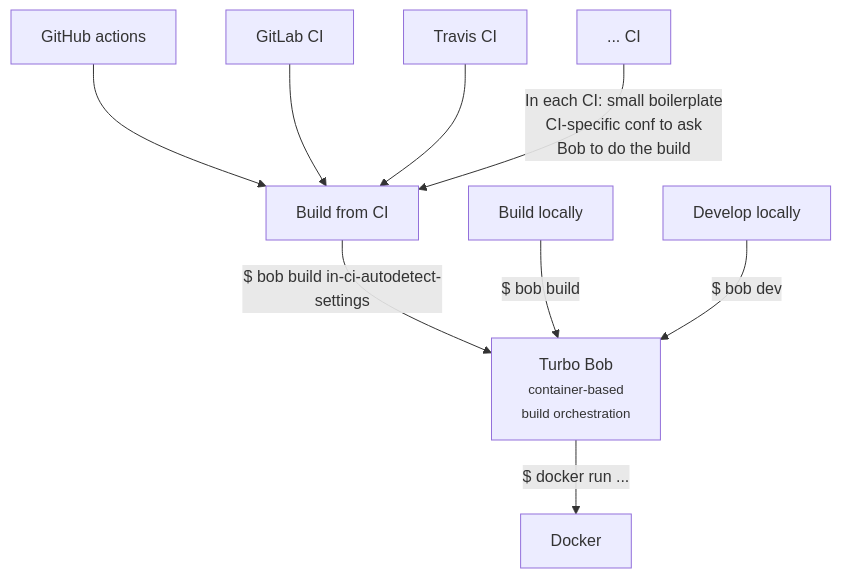
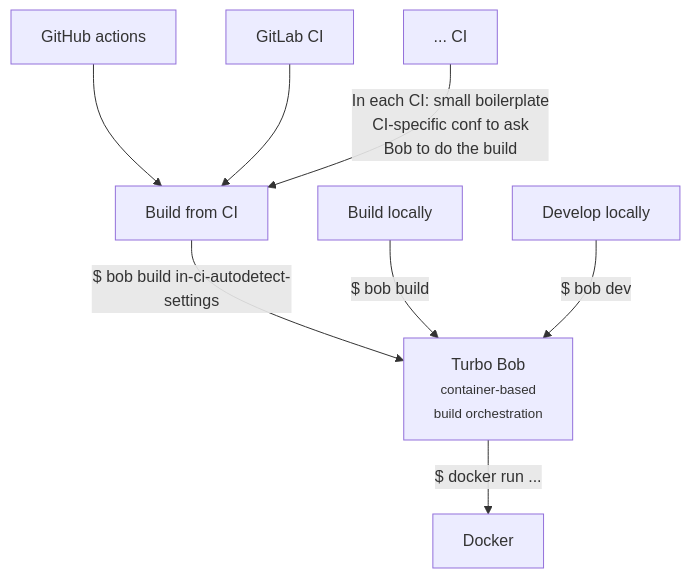
One commit to function61/turbobob changed the diagram in README.md. Above: the diagram before and after it, drawn with Mermaid.

Commit message:
remove stupid Travis

````diff
--- a/README.md
+++ b/README.md
@@ -19,11 +19,10 @@
 ```mermaid
 flowchart TD
     GitHub[GitHub actions] --> Build_from_ci[Build from CI]
     GitLab[GitLab CI] --> Build_from_ci
-    Travis[Travis CI] --> Build_from_ci
     OtherCI[... CI] -->|In each CI: small boilerplate\nCI-specific conf to ask\nBob to do the build| Build_from_ci
     Build_from_ci -->|$ bob build in-ci-autodetect-settings| TurboBob
     Build_locally[Build locally] -->|$ bob build| TurboBob
     Develop_locally[Develop locally] -->|$ bob dev| TurboBob
     TurboBob[Turbo Bob<small>\ncontainer-based\nbuild orchestration</small>] -->|$ docker run ...| Docker
 ```
````
